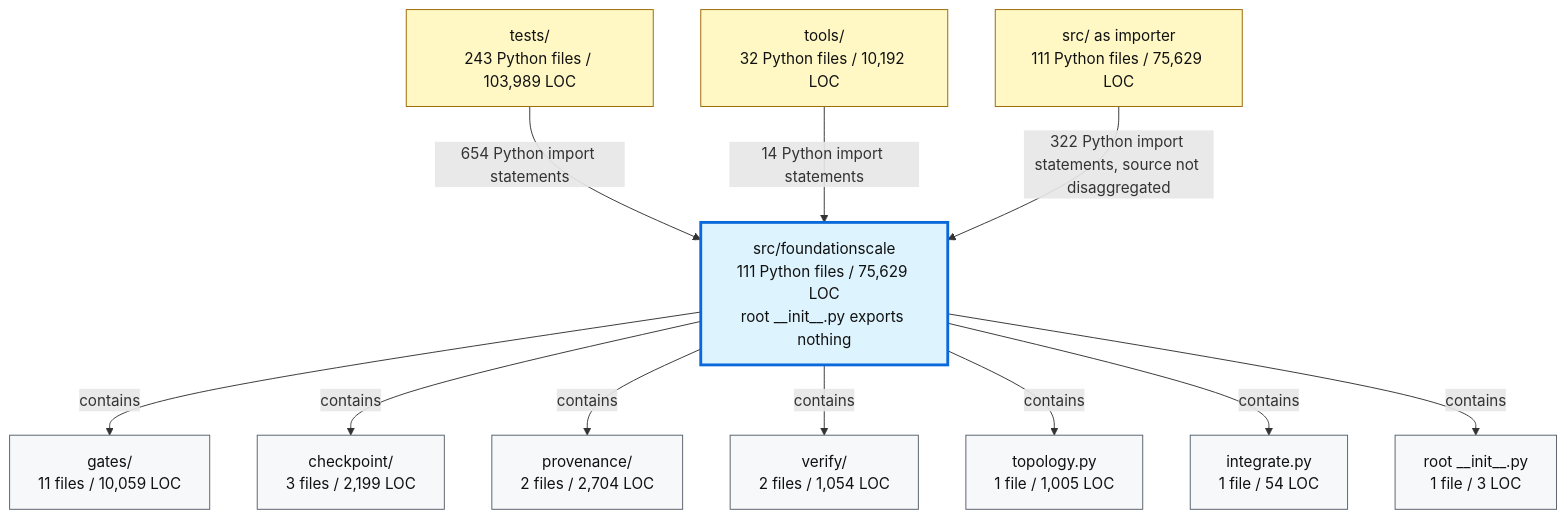
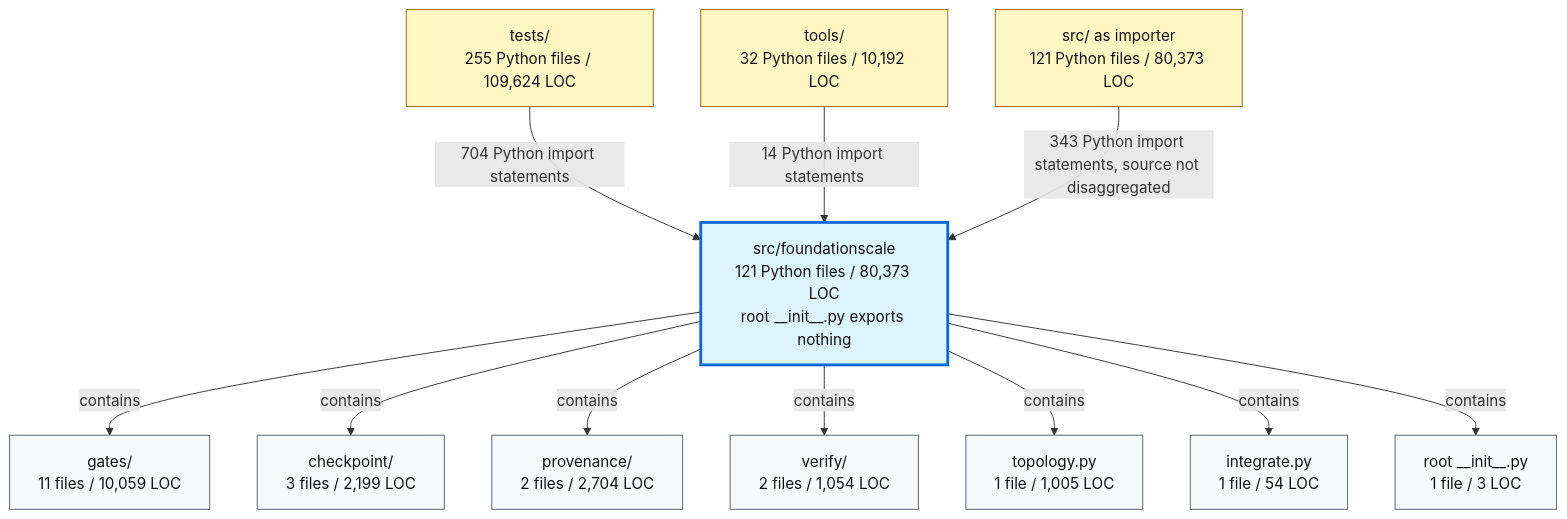
Before and after one commit to TranNhiem/FoundationScale: the second of 2 diagrams in docs/review/D2_current_architecture.md, drawn with Mermaid. The commit also changed other lines of this file and 10 other files, not shown here.

````diff
--- a/docs/review/D2_current_architecture.md
+++ b/docs/review/D2_current_architecture.md
@@ -97,36 +97,36 @@
 ```mermaid
 flowchart TB
-  TESTS["tests/<br/>243 Python files / 103,989 LOC"]
+  TESTS["tests/<br/>255 Python files / 109,624 LOC"]
   TOOLS["tools/<br/>32 Python files / 10,192 LOC"]
-  SRC["src/ as importer<br/>111 Python files / 75,629 LOC"]
+  SRC["src/ as importer<br/>121 Python files / 80,373 LOC"]
 
-  FS["src/foundationscale<br/>111 Python files / 75,629 LOC<br/>root __init__.py exports nothing"]
+  FS["src/foundationscale<br/>121 Python files / 80,373 LOC<br/>root __init__.py exports nothing"]
 
   GATES["gates/<br/>11 files / 10,059 LOC"]
   CKPT["checkpoint/<br/>3 files / 2,199 LOC"]
   PROV["provenance/<br/>2 files / 2,704 LOC"]
   VERIFY["verify/<br/>2 files / 1,054 LOC"]
   TOPO["topology.py<br/>1 file / 1,005 LOC"]
   INTEG["integrate.py<br/>1 file / 54 LOC"]
   ROOT["root __init__.py<br/>1 file / 3 LOC"]
 
-  TESTS -->|"654 Python import statements"| FS
+  TESTS -->|"704 Python import statements"| FS
   TOOLS -->|"14 Python import statements"| FS
-  SRC -->|"322 Python import statements, source not disaggregated"| FS
+  SRC -->|"343 Python import statements, source not disaggregated"| FS
 
   FS -->|"contains"| GATES
   FS -->|"contains"| CKPT
   FS -->|"contains"| PROV
   FS -->|"contains"| VERIFY
   FS -->|"contains"| TOPO
   FS -->|"contains"| INTEG
   FS -->|"contains"| ROOT
 
   classDef consumer fill:#fff8c5,stroke:#9a6700,color:#111;
   classDef package fill:#ddf4ff,stroke:#0969da,stroke-width:3px,color:#111;
   classDef module fill:#f6f8fa,stroke:#57606a,color:#111;
 
   class TESTS,TOOLS,SRC consumer;
   class FS package;
   class GATES,CKPT,PROV,VERIFY,TOPO,INTEG,ROOT module;
 ```
````
